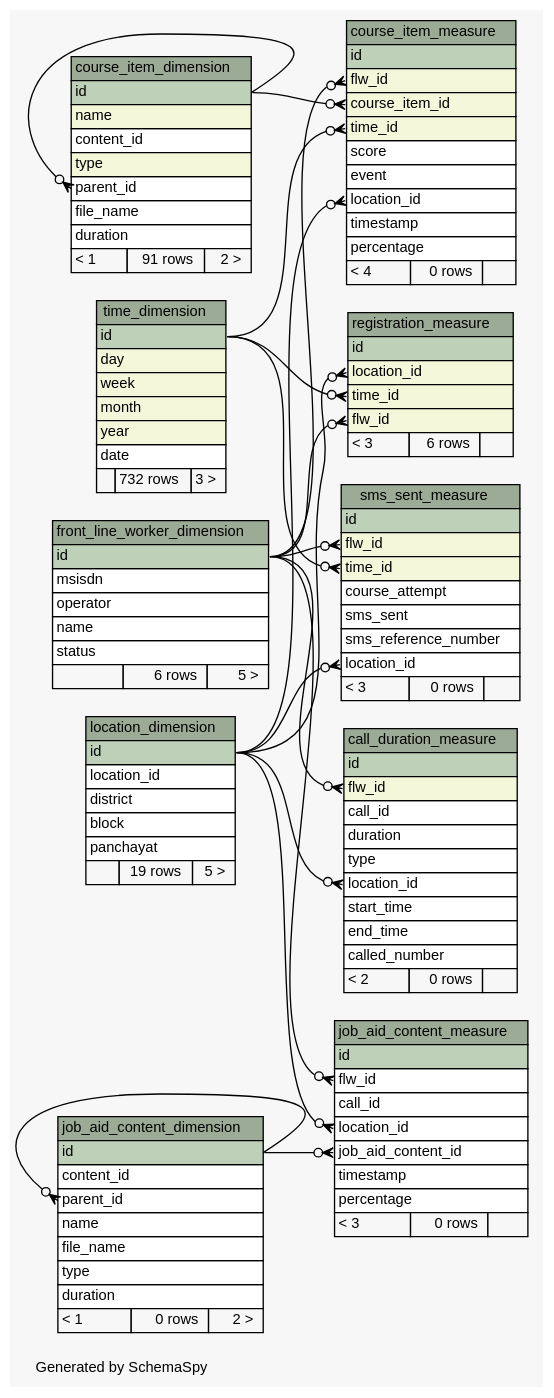
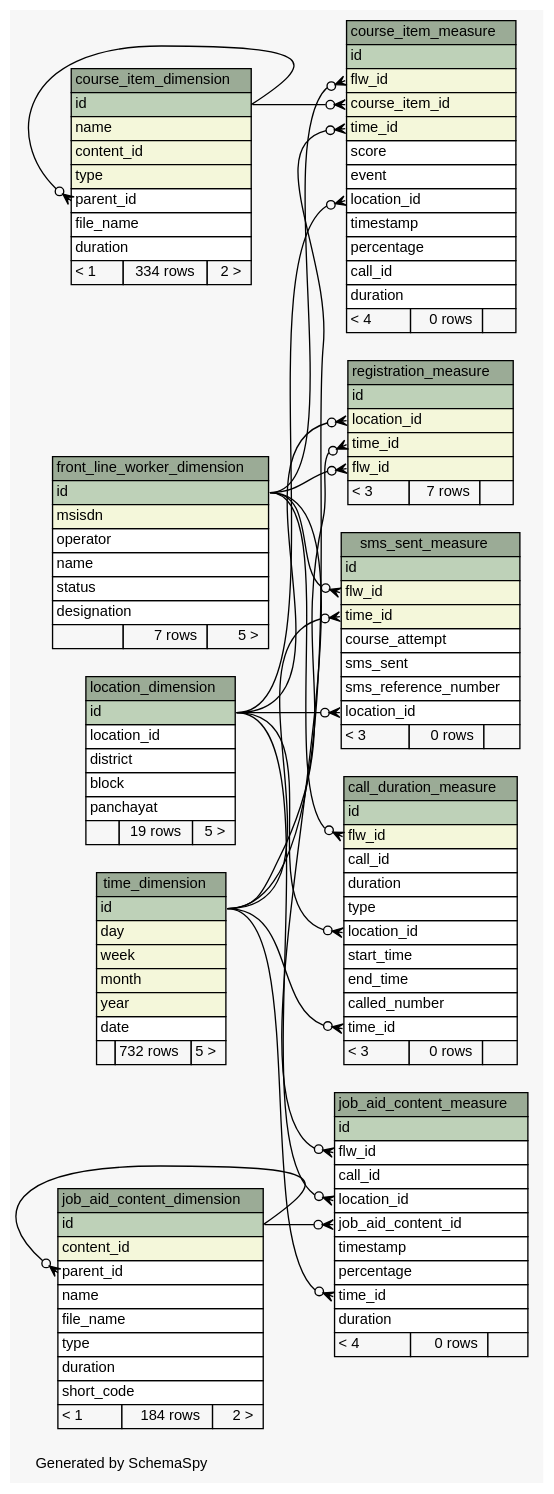
Before and after one commit to motech/ananya: the diagram in ananya-report/build/schemaspy-output/diagrams/summary/relationships.real.large.dot, drawn with Graphviz. The commit also changed 73 other files, not shown here.

Commit message:
vijay|#00|updated schemaspy output

```diff
--- a/ananya-report/build/schemaspy-output/diagrams/summary/relationships.real.large.dot
+++ b/ananya-report/build/schemaspy-output/diagrams/summary/relationships.real.large.dot
@@ -1,4 +1,4 @@
-// dot 2.28.0 on Mac OS X 10.7.3
+// dot 2.26.3 on Linux 2.6.38-11-generic-pae
 // SchemaSpy rev 590
 digraph "largeRelationshipsDiagram" {
   graph [
@@ -32,7 +32,8 @@
       <TR><TD PORT="start_time" COLSPAN="3" ALIGN="LEFT">start_time</TD></TR>
       <TR><TD PORT="end_time" COLSPAN="3" ALIGN="LEFT">end_time</TD></TR>
       <TR><TD PORT="called_number" COLSPAN="3" ALIGN="LEFT">called_number</TD></TR>
-      <TR><TD ALIGN="LEFT" BGCOLOR="#f7f7f7">&lt; 2</TD><TD ALIGN="RIGHT" BGCOLOR="#f7f7f7">0 rows</TD><TD ALIGN="RIGHT" BGCOLOR="#f7f7f7">  </TD></TR>
+      <TR><TD PORT="time_id" COLSPAN="3" ALIGN="LEFT">time_id</TD></TR>
+      <TR><TD ALIGN="LEFT" BGCOLOR="#f7f7f7">&lt; 3</TD><TD ALIGN="RIGHT" BGCOLOR="#f7f7f7">0 rows</TD><TD ALIGN="RIGHT" BGCOLOR="#f7f7f7">  </TD></TR>
     </TABLE>>
     URL="tables/call_duration_measure.html"
     tooltip="call_duration_measure"
@@ -43,12 +44,12 @@
       <TR><TD COLSPAN="3" BGCOLOR="#9bab96" ALIGN="CENTER">course_item_dimension</TD></TR>
       <TR><TD PORT="id" COLSPAN="3" BGCOLOR="#bed1b8" ALIGN="LEFT">id</TD></TR>
       <TR><TD PORT="name" COLSPAN="3" BGCOLOR="#f4f7da" ALIGN="LEFT">name</TD></TR>
-      <TR><TD PORT="content_id" COLSPAN="3" ALIGN="LEFT">content_id</TD></TR>
+      <TR><TD PORT="content_id" COLSPAN="3" BGCOLOR="#f4f7da" ALIGN="LEFT">content_id</TD></TR>
       <TR><TD PORT="type" COLSPAN="3" BGCOLOR="#f4f7da" ALIGN="LEFT">type</TD></TR>
       <TR><TD PORT="parent_id" COLSPAN="3" ALIGN="LEFT">parent_id</TD></TR>
       <TR><TD PORT="file_name" COLSPAN="3" ALIGN="LEFT">file_name</TD></TR>
       <TR><TD PORT="duration" COLSPAN="3" ALIGN="LEFT">duration</TD></TR>
-      <TR><TD ALIGN="LEFT" BGCOLOR="#f7f7f7">&lt; 1</TD><TD ALIGN="RIGHT" BGCOLOR="#f7f7f7">91 rows</TD><TD ALIGN="RIGHT" BGCOLOR="#f7f7f7">2 &gt;</TD></TR>
+      <TR><TD ALIGN="LEFT" BGCOLOR="#f7f7f7">&lt; 1</TD><TD ALIGN="RIGHT" BGCOLOR="#f7f7f7">334 rows</TD><TD ALIGN="RIGHT" BGCOLOR="#f7f7f7">2 &gt;</TD></TR>
     </TABLE>>
     URL="tables/course_item_dimension.html"
     tooltip="course_item_dimension"
@@ -66,6 +67,8 @@
       <TR><TD PORT="location_id" COLSPAN="3" ALIGN="LEFT">location_id</TD></TR>
       <TR><TD PORT="timestamp" COLSPAN="3" ALIGN="LEFT">timestamp</TD></TR>
       <TR><TD PORT="percentage" COLSPAN="3" ALIGN="LEFT">percentage</TD></TR>
+      <TR><TD PORT="call_id" COLSPAN="3" ALIGN="LEFT">call_id</TD></TR>
+      <TR><TD PORT="duration" COLSPAN="3" ALIGN="LEFT">duration</TD></TR>
       <TR><TD ALIGN="LEFT" BGCOLOR="#f7f7f7">&lt; 4</TD><TD ALIGN="RIGHT" BGCOLOR="#f7f7f7">0 rows</TD><TD ALIGN="RIGHT" BGCOLOR="#f7f7f7">  </TD></TR>
     </TABLE>>
     URL="tables/course_item_measure.html"
@@ -76,11 +79,12 @@
     <TABLE BORDER="0" CELLBORDER="1" CELLSPACING="0" BGCOLOR="#ffffff">
       <TR><TD COLSPAN="3" BGCOLOR="#9bab96" ALIGN="CENTER">front_line_worker_dimension</TD></TR>
       <TR><TD PORT="id" COLSPAN="3" BGCOLOR="#bed1b8" ALIGN="LEFT">id</TD></TR>
-      <TR><TD PORT="msisdn" COLSPAN="3" ALIGN="LEFT">msisdn</TD></TR>
+      <TR><TD PORT="msisdn" COLSPAN="3" BGCOLOR="#f4f7da" ALIGN="LEFT">msisdn</TD></TR>
       <TR><TD PORT="operator" COLSPAN="3" ALIGN="LEFT">operator</TD></TR>
       <TR><TD PORT="name" COLSPAN="3" ALIGN="LEFT">name</TD></TR>
       <TR><TD PORT="status" COLSPAN="3" ALIGN="LEFT">status</TD></TR>
-      <TR><TD ALIGN="LEFT" BGCOLOR="#f7f7f7">  </TD><TD ALIGN="RIGHT" BGCOLOR="#f7f7f7">6 rows</TD><TD ALIGN="RIGHT" BGCOLOR="#f7f7f7">5 &gt;</TD></TR>
+      <TR><TD PORT="designation" COLSPAN="3" ALIGN="LEFT">designation</TD></TR>
+      <TR><TD ALIGN="LEFT" BGCOLOR="#f7f7f7">  </TD><TD ALIGN="RIGHT" BGCOLOR="#f7f7f7">7 rows</TD><TD ALIGN="RIGHT" BGCOLOR="#f7f7f7">5 &gt;</TD></TR>
     </TABLE>>
     URL="tables/front_line_worker_dimension.html"
     tooltip="front_line_worker_dimension"
@@ -90,13 +94,14 @@
     <TABLE BORDER="0" CELLBORDER="1" CELLSPACING="0" BGCOLOR="#ffffff">
       <TR><TD COLSPAN="3" BGCOLOR="#9bab96" ALIGN="CENTER">job_aid_content_dimension</TD></TR>
       <TR><TD PORT="id" COLSPAN="3" BGCOLOR="#bed1b8" ALIGN="LEFT">id</TD></TR>
-      <TR><TD PORT="content_id" COLSPAN="3" ALIGN="LEFT">content_id</TD></TR>
+      <TR><TD PORT="content_id" COLSPAN="3" BGCOLOR="#f4f7da" ALIGN="LEFT">content_id</TD></TR>
       <TR><TD PORT="parent_id" COLSPAN="3" ALIGN="LEFT">parent_id</TD></TR>
       <TR><TD PORT="name" COLSPAN="3" ALIGN="LEFT">name</TD></TR>
       <TR><TD PORT="file_name" COLSPAN="3" ALIGN="LEFT">file_name</TD></TR>
       <TR><TD PORT="type" COLSPAN="3" ALIGN="LEFT">type</TD></TR>
       <TR><TD PORT="duration" COLSPAN="3" ALIGN="LEFT">duration</TD></TR>
-      <TR><TD ALIGN="LEFT" BGCOLOR="#f7f7f7">&lt; 1</TD><TD ALIGN="RIGHT" BGCOLOR="#f7f7f7">0 rows</TD><TD ALIGN="RIGHT" BGCOLOR="#f7f7f7">2 &gt;</TD></TR>
+      <TR><TD PORT="short_code" COLSPAN="3" ALIGN="LEFT">short_code</TD></TR>
+      <TR><TD ALIGN="LEFT" BGCOLOR="#f7f7f7">&lt; 1</TD><TD ALIGN="RIGHT" BGCOLOR="#f7f7f7">184 rows</TD><TD ALIGN="RIGHT" BGCOLOR="#f7f7f7">2 &gt;</TD></TR>
     </TABLE>>
     URL="tables/job_aid_content_dimension.html"
     tooltip="job_aid_content_dimension"
@@ -112,7 +117,9 @@
       <TR><TD PORT="job_aid_content_id" COLSPAN="3" ALIGN="LEFT">job_aid_content_id</TD></TR>
       <TR><TD PORT="timestamp" COLSPAN="3" ALIGN="LEFT">timestamp</TD></TR>
       <TR><TD PORT="percentage" COLSPAN="3" ALIGN="LEFT">percentage</TD></TR>
-      <TR><TD ALIGN="LEFT" BGCOLOR="#f7f7f7">&lt; 3</TD><TD ALIGN="RIGHT" BGCOLOR="#f7f7f7">0 rows</TD><TD ALIGN="RIGHT" BGCOLOR="#f7f7f7">  </TD></TR>
+      <TR><TD PORT="time_id" COLSPAN="3" ALIGN="LEFT">time_id</TD></TR>
+      <TR><TD PORT="duration" COLSPAN="3" ALIGN="LEFT">duration</TD></TR>
+      <TR><TD ALIGN="LEFT" BGCOLOR="#f7f7f7">&lt; 4</TD><TD ALIGN="RIGHT" BGCOLOR="#f7f7f7">0 rows</TD><TD ALIGN="RIGHT" BGCOLOR="#f7f7f7">  </TD></TR>
     </TABLE>>
     URL="tables/job_aid_content_measure.html"
     tooltip="job_aid_content_measure"
@@ -139,7 +146,7 @@
       <TR><TD PORT="location_id" COLSPAN="3" BGCOLOR="#f4f7da" ALIGN="LEFT">location_id</TD></TR>
       <TR><TD PORT="time_id" COLSPAN="3" BGCOLOR="#f4f7da" ALIGN="LEFT">time_id</TD></TR>
       <TR><TD PORT="flw_id" COLSPAN="3" BGCOLOR="#f4f7da" ALIGN="LEFT">flw_id</TD></TR>
-      <TR><TD ALIGN="LEFT" BGCOLOR="#f7f7f7">&lt; 3</TD><TD ALIGN="RIGHT" BGCOLOR="#f7f7f7">6 rows</TD><TD ALIGN="RIGHT" BGCOLOR="#f7f7f7">  </TD></TR>
+      <TR><TD ALIGN="LEFT" BGCOLOR="#f7f7f7">&lt; 3</TD><TD ALIGN="RIGHT" BGCOLOR="#f7f7f7">7 rows</TD><TD ALIGN="RIGHT" BGCOLOR="#f7f7f7">  </TD></TR>
     </TABLE>>
     URL="tables/registration_measure.html"
     tooltip="registration_measure"
@@ -170,13 +177,14 @@
       <TR><TD PORT="month" COLSPAN="3" BGCOLOR="#f4f7da" ALIGN="LEFT">month</TD></TR>
       <TR><TD PORT="year" COLSPAN="3" BGCOLOR="#f4f7da" ALIGN="LEFT">year</TD></TR>
       <TR><TD PORT="date" COLSPAN="3" ALIGN="LEFT">date</TD></TR>
-      <TR><TD ALIGN="LEFT" BGCOLOR="#f7f7f7">  </TD><TD ALIGN="RIGHT" BGCOLOR="#f7f7f7">732 rows</TD><TD ALIGN="RIGHT" BGCOLOR="#f7f7f7">3 &gt;</TD></TR>
+      <TR><TD ALIGN="LEFT" BGCOLOR="#f7f7f7">  </TD><TD ALIGN="RIGHT" BGCOLOR="#f7f7f7">732 rows</TD><TD ALIGN="RIGHT" BGCOLOR="#f7f7f7">5 &gt;</TD></TR>
     </TABLE>>
     URL="tables/time_dimension.html"
     tooltip="time_dimension"
   ];
   "call_duration_measure":"flw_id":w -> "front_line_worker_dimension":"id":e [arrowhead=none dir=back arrowtail=crowodot];
   "call_duration_measure":"location_id":w -> "location_dimension":"id":e [arrowhead=none dir=back arrowtail=crowodot];
+  "call_duration_measure":"time_id":w -> "time_dimension":"id":e [arrowhead=none dir=back arrowtail=crowodot];
   "course_item_dimension":"parent_id":w -> "course_item_dimension":"id":e [arrowhead=none dir=back arrowtail=crowodot];
   "course_item_measure":"course_item_id":w -> "course_item_dimension":"id":e [arrowhead=none dir=back arrowtail=crowodot];
   "course_item_measure":"flw_id":w -> "front_line_worker_dimension":"id":e [arrowhead=none dir=back arrowtail=crowodot];
@@ -186,6 +194,7 @@
   "job_aid_content_measure":"flw_id":w -> "front_line_worker_dimension":"id":e [arrowhead=none dir=back arrowtail=crowodot];
   "job_aid_content_measure":"job_aid_content_id":w -> "job_aid_content_dimension":"id":e [arrowhead=none dir=back arrowtail=crowodot];
   "job_aid_content_measure":"location_id":w -> "location_dimension":"id":e [arrowhead=none dir=back arrowtail=crowodot];
+  "job_aid_content_measure":"time_id":w -> "time_dimension":"id":e [arrowhead=none dir=back arrowtail=crowodot];
   "registration_measure":"flw_id":w -> "front_line_worker_dimension":"id":e [arrowhead=none dir=back arrowtail=crowodot];
   "registration_measure":"location_id":w -> "location_dimension":"id":e [arrowhead=none dir=back arrowtail=crowodot];
   "registration_measure":"time_id":w -> "time_dimension":"id":e [arrowhead=none dir=back arrowtail=crowodot];
```
